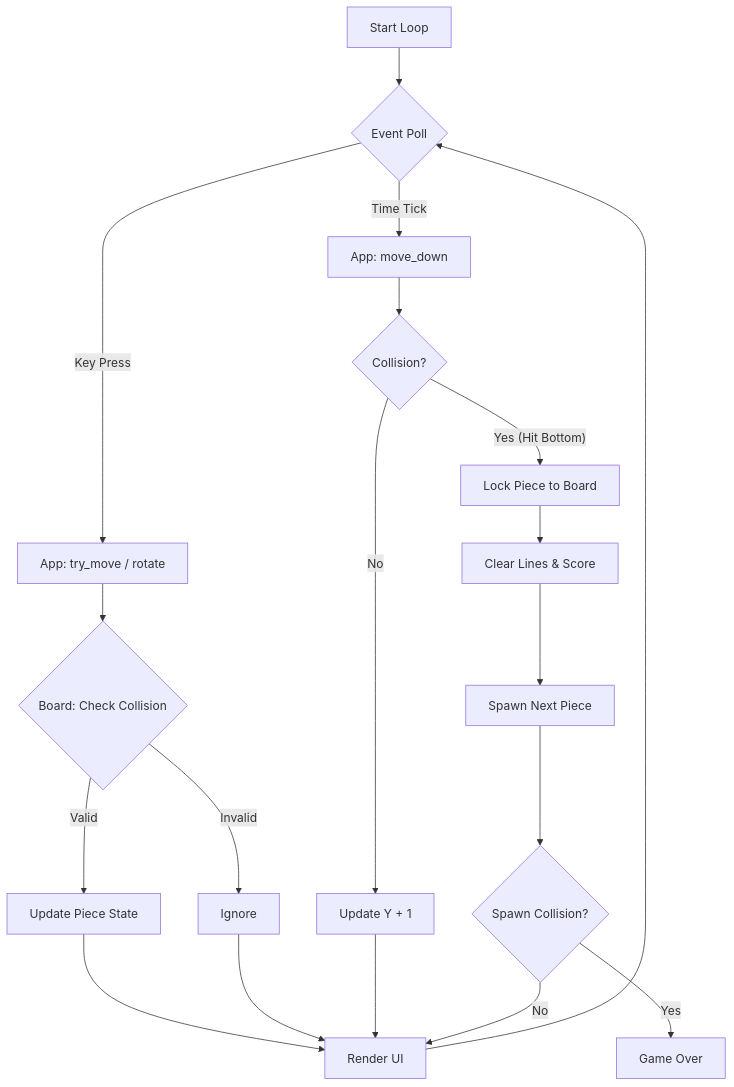
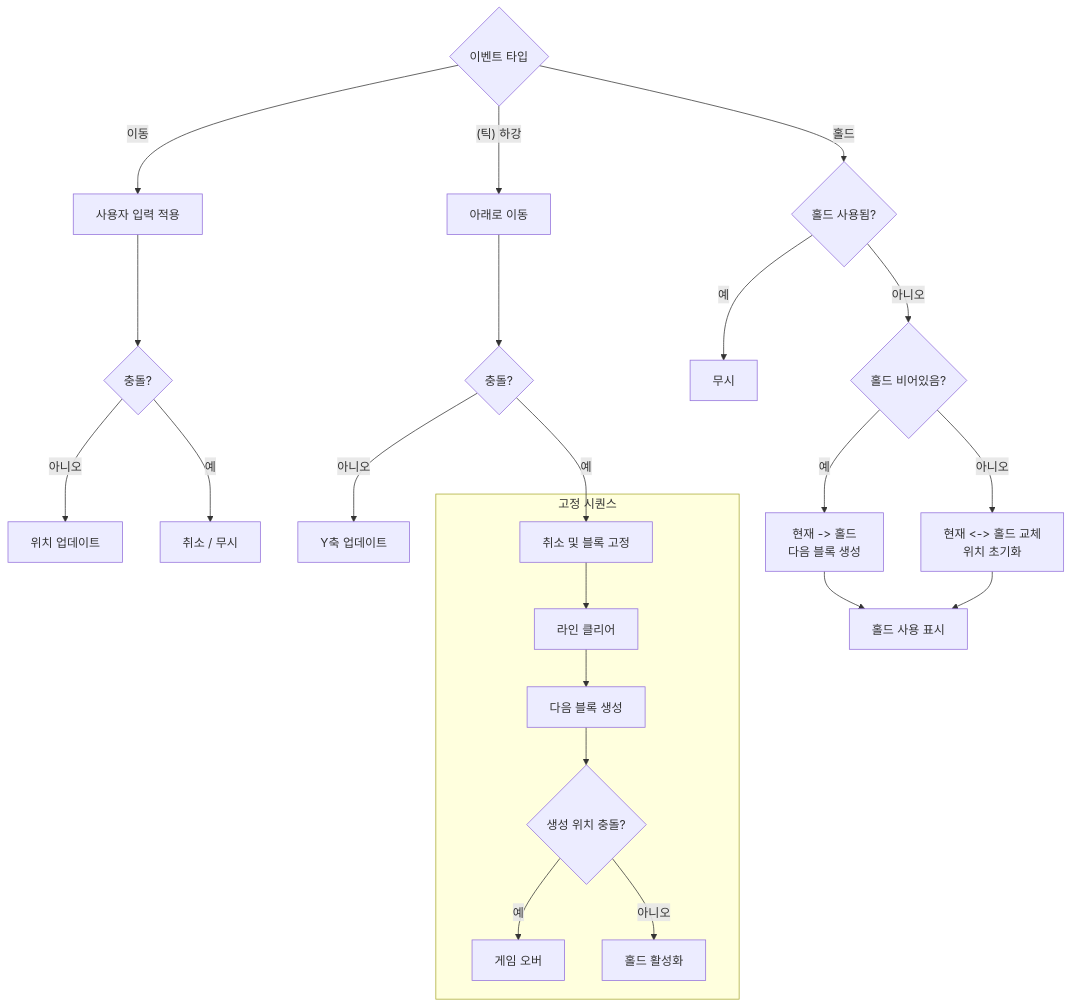
One commit to hot666666/Tetris changed the first of 2 diagrams in README.md. Above: the diagram before and after it, drawn with Mermaid. The commit also changed other lines of this file and 3 other files, not shown here.

````diff
--- a/README.md
+++ b/README.md
@@ -14,24 +48,35 @@
 ```mermaid
 graph TD
-    A[Start Loop] --> B{Event Poll}
+    Event{이벤트 타입}
+
+    %% 1. Movement
+    Event -- "이동" --> TryMove[사용자 입력 적용]
+    TryMove --> CheckMove{충돌?}
+    CheckMove -- 아니오 --> ApplyMove[위치 업데이트]
+    CheckMove -- 예 --> RevertMove[취소 / 무시]
+
+    %% 2. Gravity / Drop
+    Event -- "(틱) 하강" --> TryDown[아래로 이동]
+    TryDown --> CheckDown{충돌?}
+    CheckDown -- 아니오 --> ApplyDown[Y축 업데이트]
+    CheckDown -- 예 --> Lock[취소 및 블록 고정]
     
-    B -- Key Press --> C[App: try_move / rotate]
-    C --> D{Board: Check Collision}
-    D -- Valid --> E[Update Piece State]
-    D -- Invalid --> F[Ignore]
+    subgraph "고정 시퀀스"
+        Lock --> Clear[라인 클리어]
+        Clear --> Spawn[다음 블록 생성]
+        Spawn --> CheckOver{생성 위치 충돌?}
+        CheckOver -- 예 --> GameOver[게임 오버]
+        CheckOver -- 아니오 --> EnableHold[홀드 활성화]
+    end
+
+    %% 3. Hold
+    Event -- "홀드" --> CheckUsed{홀드 사용됨?}
+    CheckUsed -- 예 --> IgnoreHold[무시]
+    CheckUsed -- 아니오 --> CheckEmpty{홀드 비어있음?}
     
-    B -- Time Tick --> G[App: move_down]
-    G --> H{Collision?}
-    H -- No --> I[Update Y + 1]
-    H -- Yes (Hit Bottom) --> J[Lock Piece to Board]
-    J --> K[Clear Lines & Score]
-    K --> L[Spawn Next Piece]
-    L --> M{Spawn Collision?}
-    M -- Yes --> N[Game Over]
+    CheckEmpty -- 예 --> PushHold[현재 -> 홀드<br/>다음 블록 생성]
+    CheckEmpty -- 아니오 --> SwapHold[현재 <-> 홀드 교체<br/>위치 초기화]
     
-    E --> O[Render UI]
-    F --> O
-    I --> O
-    M -- No --> O
-    O --> B
+    PushHold --> MarkUsed[홀드 사용 표시]
+    SwapHold --> MarkUsed
 ```
````
